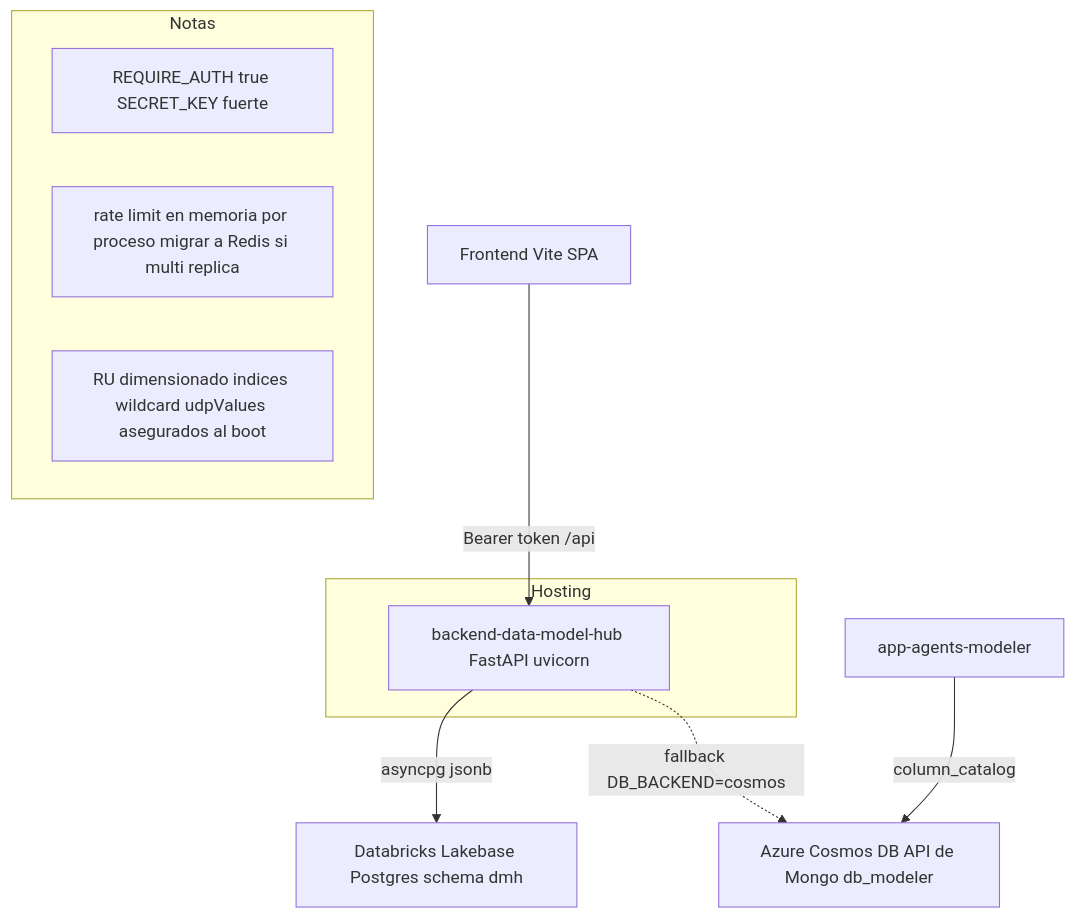
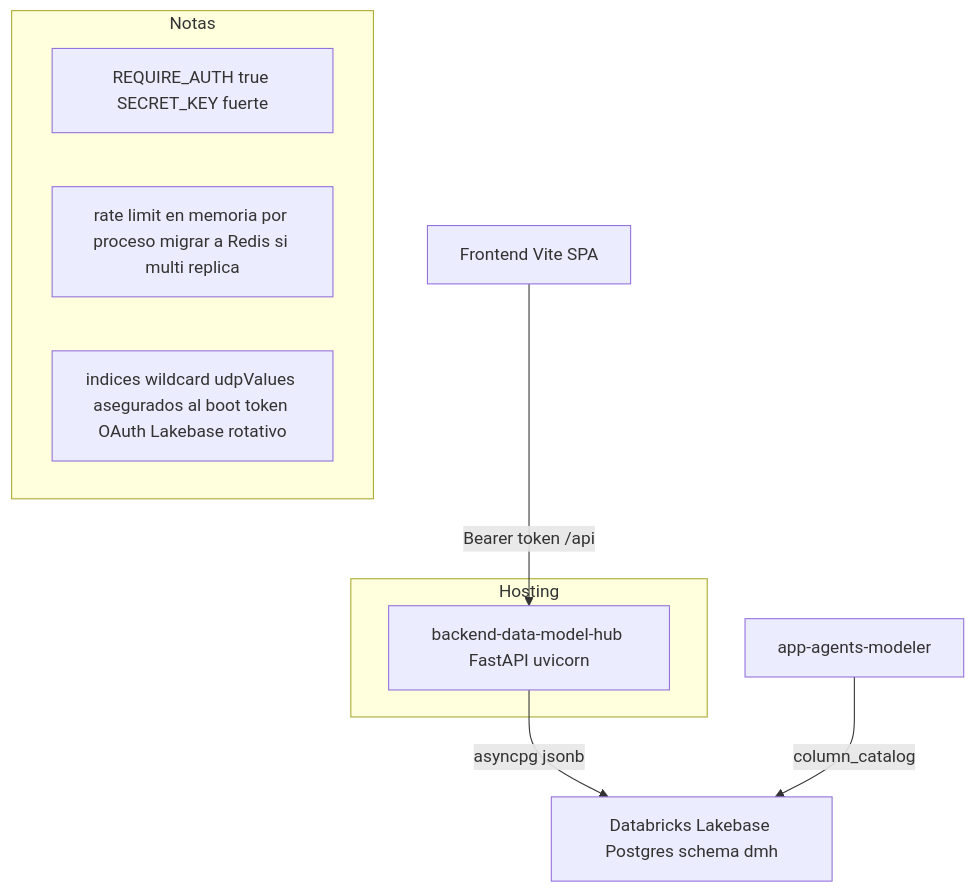
Before and after one commit to Carlosmps97/backend-data-model-hub: the fourth of 4 diagrams in doc/consideraciones-y-limites.md, drawn with Mermaid. The commit also changed other lines of this file and 20 other files, not shown here.

````diff
--- a/doc/consideraciones-y-limites.md
+++ b/doc/consideraciones-y-limites.md
@@ -532,15 +513,14 @@
 ```mermaid
 flowchart TD
     FE["Frontend Vite SPA"] -->|Bearer token /api| BE["backend-data-model-hub FastAPI uvicorn"]
     BE -->|asyncpg jsonb| LB["Databricks Lakebase Postgres schema dmh"]
-    BE -.->|fallback DB_BACKEND=cosmos| COS["Azure Cosmos DB API de Mongo db_modeler"]
-    AG["app-agents-modeler"] -->|column_catalog| COS
+    AG["app-agents-modeler"] -->|column_catalog| LB
     subgraph Hosting
         BE
     end
     subgraph Notas
         N1["REQUIRE_AUTH true SECRET_KEY fuerte"]
         N2["rate limit en memoria por proceso migrar a Redis si multi replica"]
-        N3["RU dimensionado indices wildcard udpValues asegurados al boot"]
+        N3["indices wildcard udpValues asegurados al boot token OAuth Lakebase rotativo"]
     end
 ```
````
